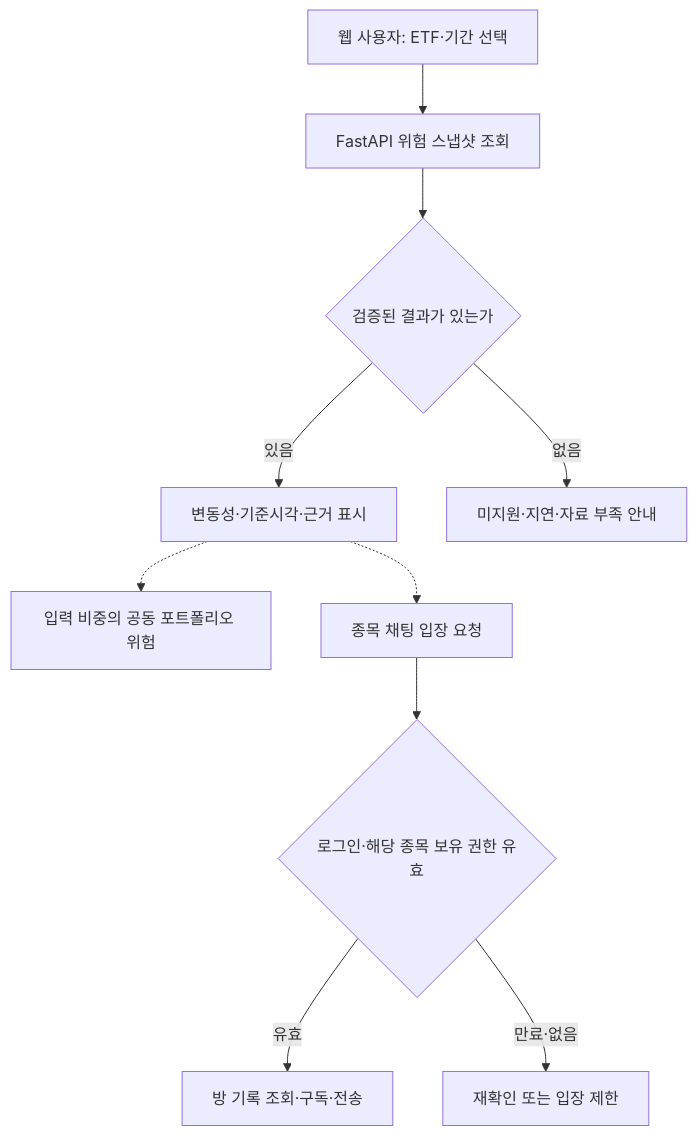
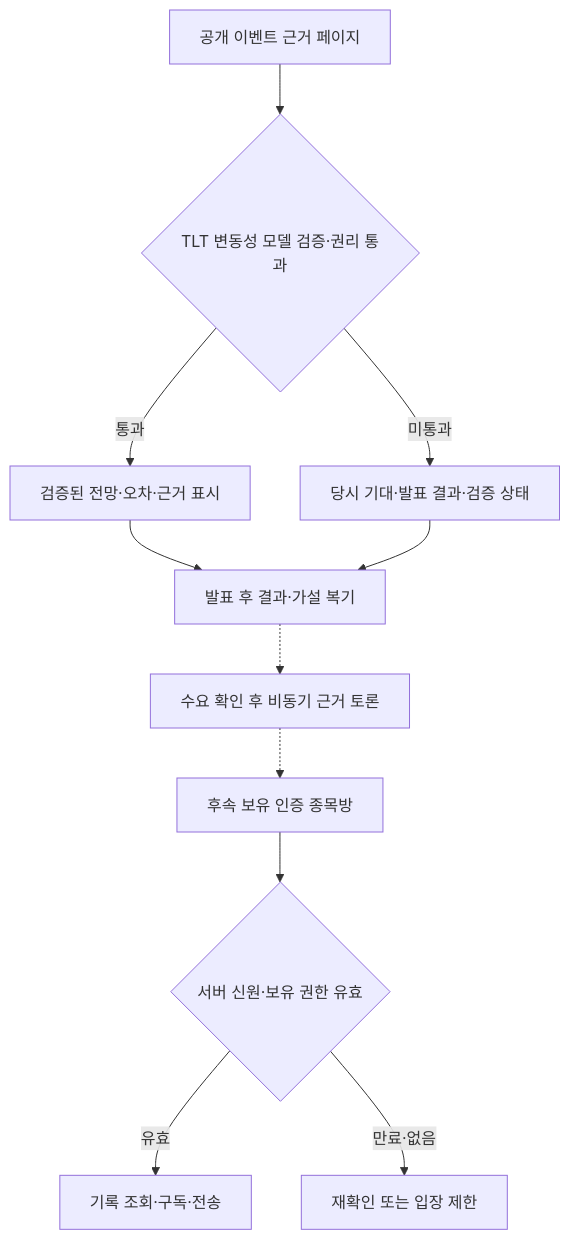
One commit to AnDev77/ShockGarph_AI changed the second of 2 diagrams in docs/project-flow.md. Above: the diagram before and after it, drawn with Mermaid. The commit also changed other lines of this file and 9 other files, not shown here.

````diff
--- a/docs/project-flow.md
+++ b/docs/project-flow.md
@@ -55,12 +55,13 @@
 ```mermaid
 flowchart TB
-    U["웹 사용자: ETF·기간 선택"] --> A["FastAPI 위험 스냅샷 조회"]
-    A --> Q{"검증된 결과가 있는가"}
-    Q -->|있음| C["변동성·기준시각·근거 표시"]
-    Q -->|없음| X["미지원·지연·자료 부족 안내"]
-    C -.-> P["입력 비중의 공동 포트폴리오 위험"]
-    C -.-> G["종목 채팅 입장 요청"]
-    G --> V{"로그인·해당 종목 보유 권한 유효"}
-    V -->|유효| R["방 기록 조회·구독·전송"]
+    U["공개 이벤트 근거 페이지"] --> Q{"TLT 변동성 모델 검증·권리 통과"}
+    Q -->|통과| C["검증된 전망·오차·근거 표시"]
+    Q -->|미통과| X["당시 기대·발표 결과·검증 상태"]
+    C --> H["발표 후 결과·가설 복기"]
+    X --> H
+    H -.-> D["수요 확인 후 비동기 근거 토론"]
+    D -.-> G["후속 보유 인증 종목방"]
+    G --> V{"서버 신원·보유 권한 유효"}
+    V -->|유효| R["기록 조회·구독·전송"]
     V -->|만료·없음| F["재확인 또는 입장 제한"]
 ```
````
